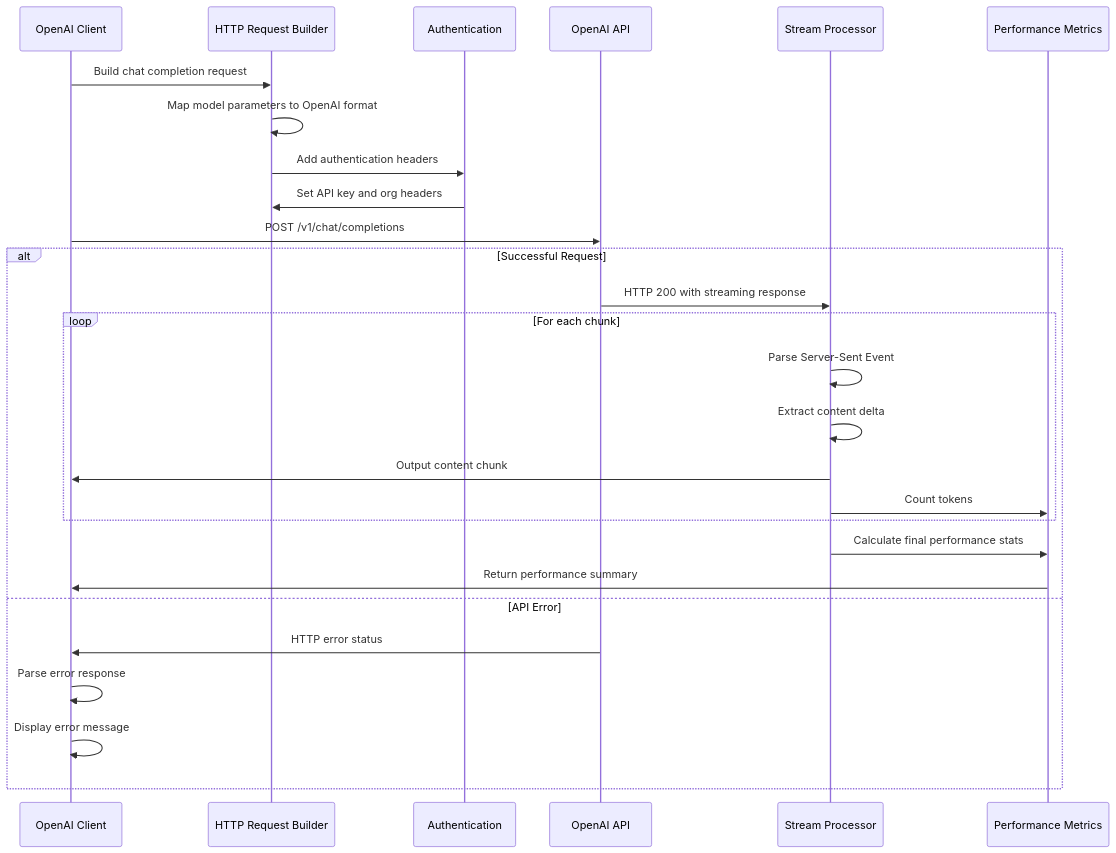
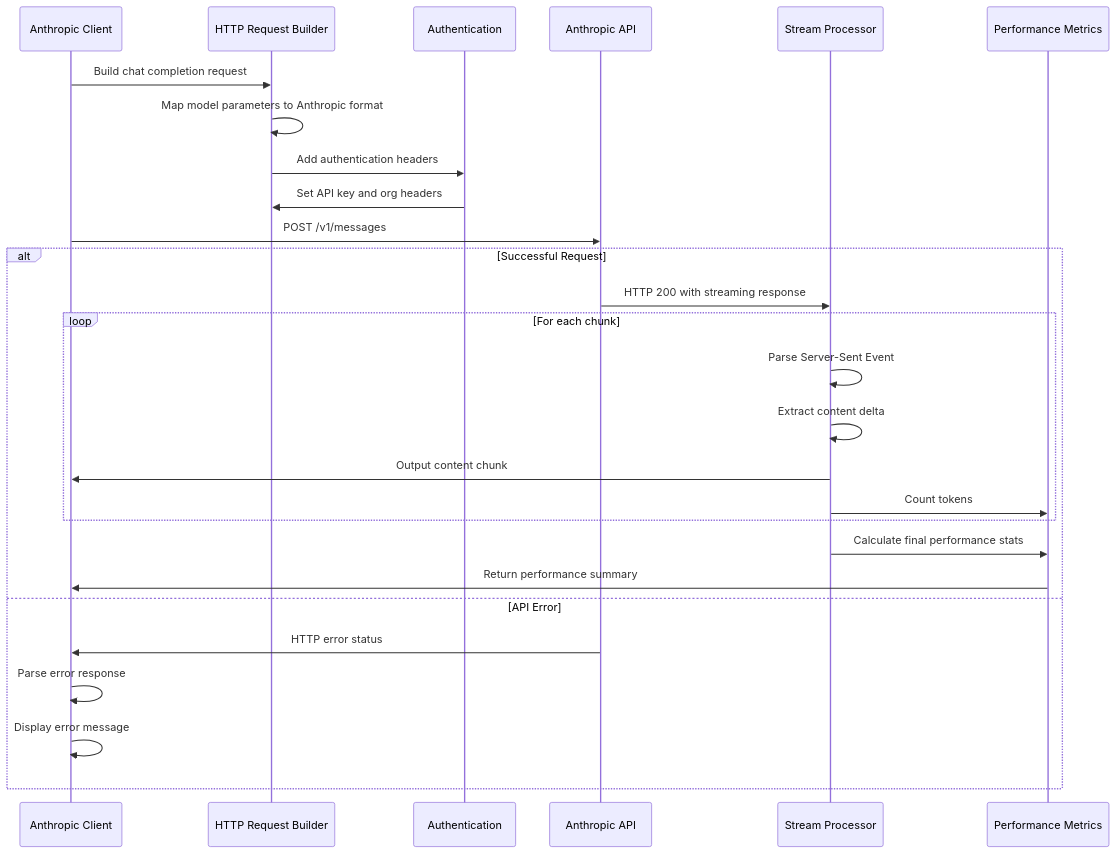
The fifth of 18 diagrams in client/README.md (gherlein/client-w-mcp), drawn with Mermaid before and after one commit. The commit also changed other lines of this file and 2 other files, not shown here.

````diff
--- a/client/README.md
+++ b/client/README.md
@@ -264,35 +264,35 @@
 ```mermaid
 sequenceDiagram
-    participant Client as OpenAI Client
+    participant Client as Anthropic Client
     participant Request as HTTP Request Builder
     participant Auth as Authentication
-    participant API as OpenAI API
+    participant API as Anthropic API
     participant Stream as Stream Processor
     participant Metrics as Performance Metrics
 
     Client->>Request: Build chat completion request
-    Request->>Request: Map model parameters to OpenAI format
+    Request->>Request: Map model parameters to Anthropic format
     Request->>Auth: Add authentication headers
     Auth->>Request: Set API key and org headers
     
-    Client->>API: POST /v1/chat/completions
+    Client->>API: POST /v1/messages
     
     alt Successful Request
         API->>Stream: HTTP 200 with streaming response
         
         loop For each chunk
             Stream->>Stream: Parse Server-Sent Event
             Stream->>Stream: Extract content delta
             Stream->>Client: Output content chunk
             Stream->>Metrics: Count tokens
         end
         
         Stream->>Metrics: Calculate final performance stats
         Metrics->>Client: Return performance summary
         
     else API Error
         API->>Client: HTTP error status
         Client->>Client: Parse error response
         Client->>Client: Display error message
     end
 ```
````
